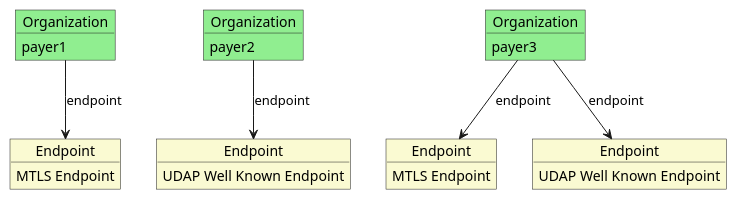
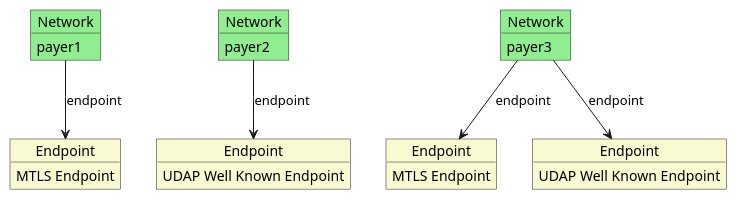
One commit to HL7/fhir-us-ndh changed the diagram in input/images-source/PayerToPay-endpoints.plantuml. Above: the diagram before and after it, drawn with PlantUML. The commit also changed 1 other file, not shown here.

```diff
--- a/input/images-source/PayerToPay-endpoints.plantuml
+++ b/input/images-source/PayerToPay-endpoints.plantuml
@@ -1,34 +1,34 @@
 @startuml
 
-object "Organization" as payer1 #LightGreen
+object "Network" as payer1 #LightGreen
 payer1 : payer1
 
 object "Endpoint" as mtlsEndpoint1 #LightGoldenRodYellow
 mtlsEndpoint1 : MTLS Endpoint
 
-object "Organization" as payer2 #LightGreen
+object "Network" as payer2 #LightGreen
 payer2 : payer2
 
 object "Endpoint" as udapEndpoint1 #LightGoldenRodYellow
 udapEndpoint1 : UDAP Well Known Endpoint
 
-object "Organization" as payer3 #LightGreen
+object "Network" as payer3 #LightGreen
 payer3 : payer3
 
 object "Endpoint" as mtlsEndpoint2 #LightGoldenRodYellow
 mtlsEndpoint2 : MTLS Endpoint
 
 object "Endpoint" as udapEndpoint2 #LightGoldenRodYellow
 udapEndpoint2 : UDAP Well Known Endpoint
 
 
 
 payer1 -down-> mtlsEndpoint1 : endpoint
 payer2 -down-> udapEndpoint1 : endpoint
 
 payer3 -down-> mtlsEndpoint2 : endpoint
 payer3 -down-> udapEndpoint2 : endpoint
 
 
 
 @enduml
```
